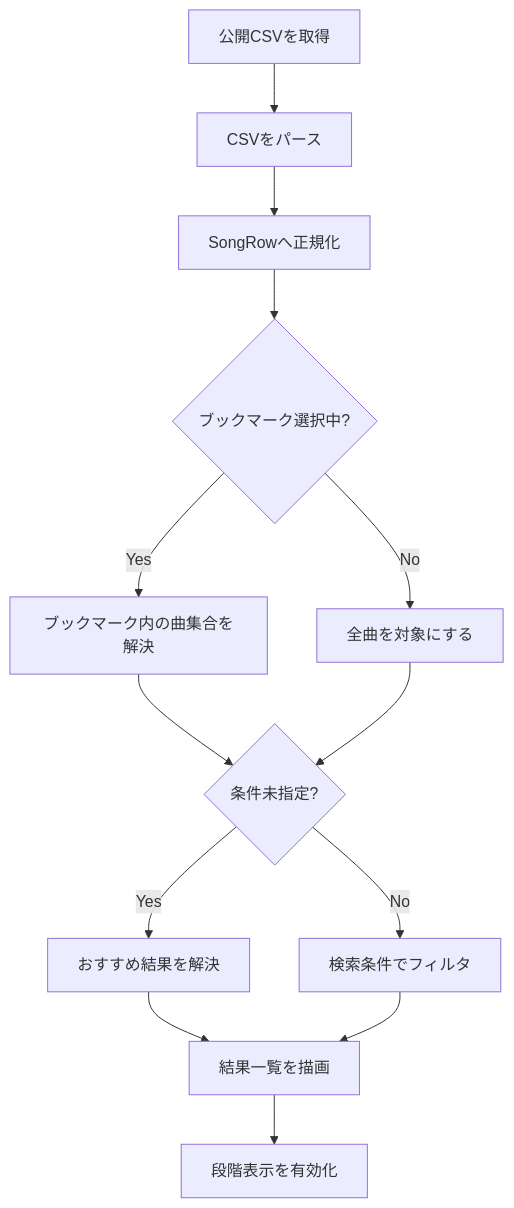
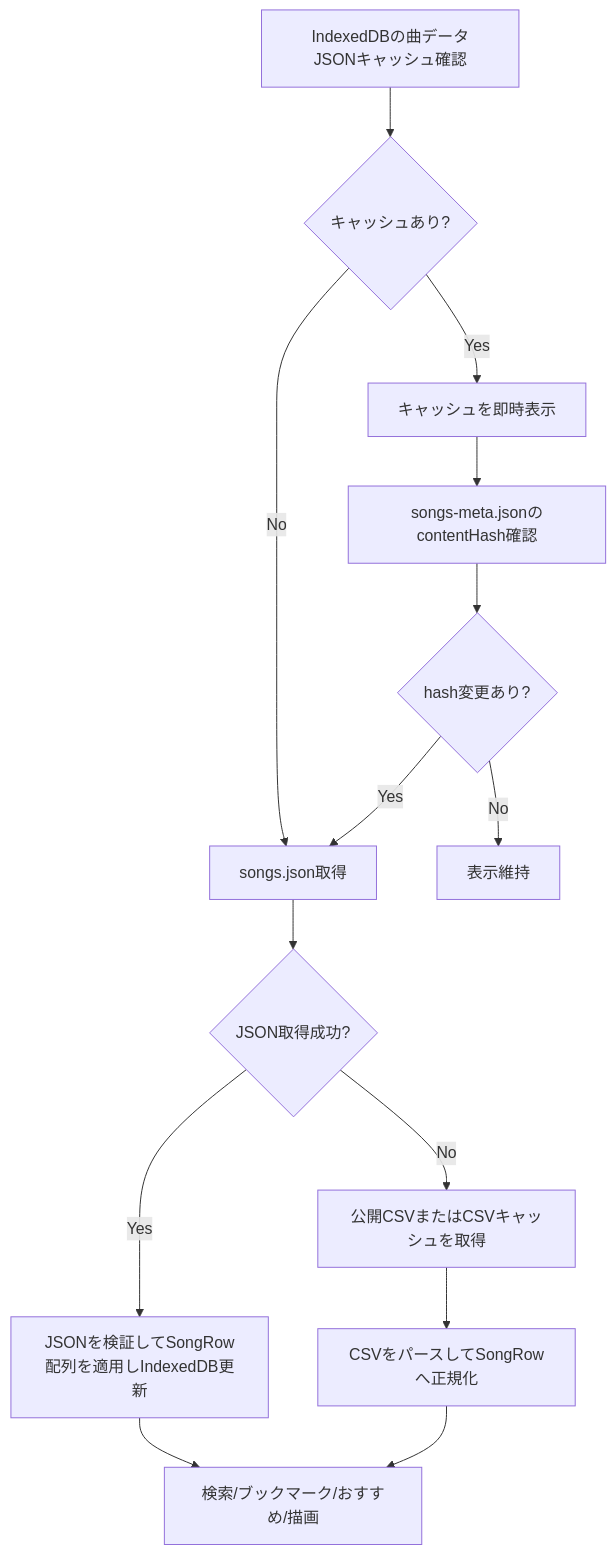
One commit to an-oa/devel-knksongs changed the first of 3 diagrams in DESIGN.md. Above: the diagram before and after it, drawn with Mermaid. The commit also changed other lines of this file and 3 other files, not shown here.

````diff
--- a/DESIGN.md
+++ b/DESIGN.md
@@ -97,15 +104,16 @@
 ```mermaid
 flowchart TD
-    A[公開CSVを取得] --> B[CSVをパース]
-    B --> C[SongRowへ正規化]
-    C --> D{ブックマーク選択中?}
-    D -- Yes --> E[ブックマーク内の曲集合を解決]
-    D -- No --> F[全曲を対象にする]
-    E --> G{条件未指定?}
-    F --> G
-    G -- Yes --> H[おすすめ結果を解決]
-    G -- No --> I[検索条件でフィルタ]
-    H --> J[結果一覧を描画]
-    I --> J
-    J --> K[段階表示を有効化]
+    A[IndexedDBの曲データJSONキャッシュ確認] --> B{キャッシュあり?}
+    B -- Yes --> C[キャッシュを即時表示]
+    C --> D[songs-meta.jsonのcontentHash確認]
+    B -- No --> E[songs.json取得]
+    D --> F{hash変更あり?}
+    F -- No --> G[表示維持]
+    F -- Yes --> E
+    E --> H{JSON取得成功?}
+    H -- Yes --> I[JSONを検証してSongRow配列を適用しIndexedDB更新]
+    H -- No --> J[公開CSVまたはCSVキャッシュを取得]
+    J --> K[CSVをパースしてSongRowへ正規化]
+    I --> L[検索/ブックマーク/おすすめ/描画]
+    K --> L
 ```
````
